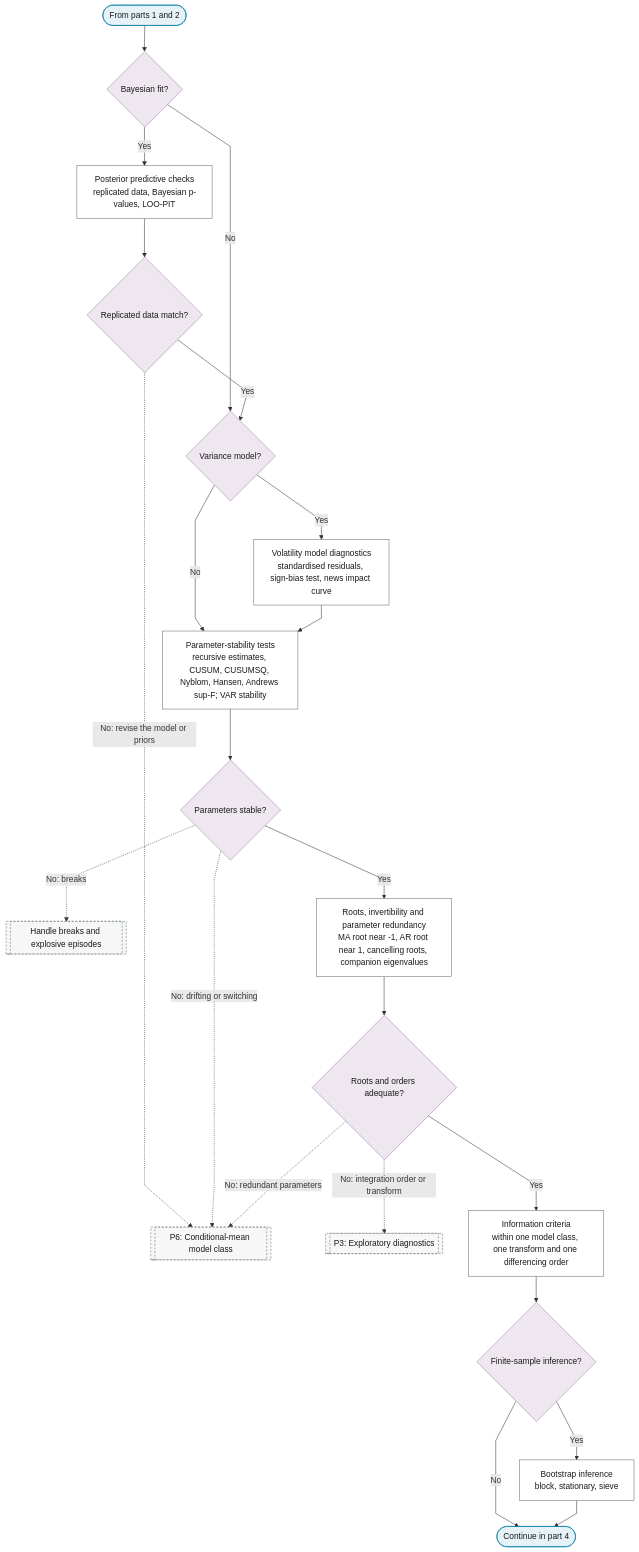
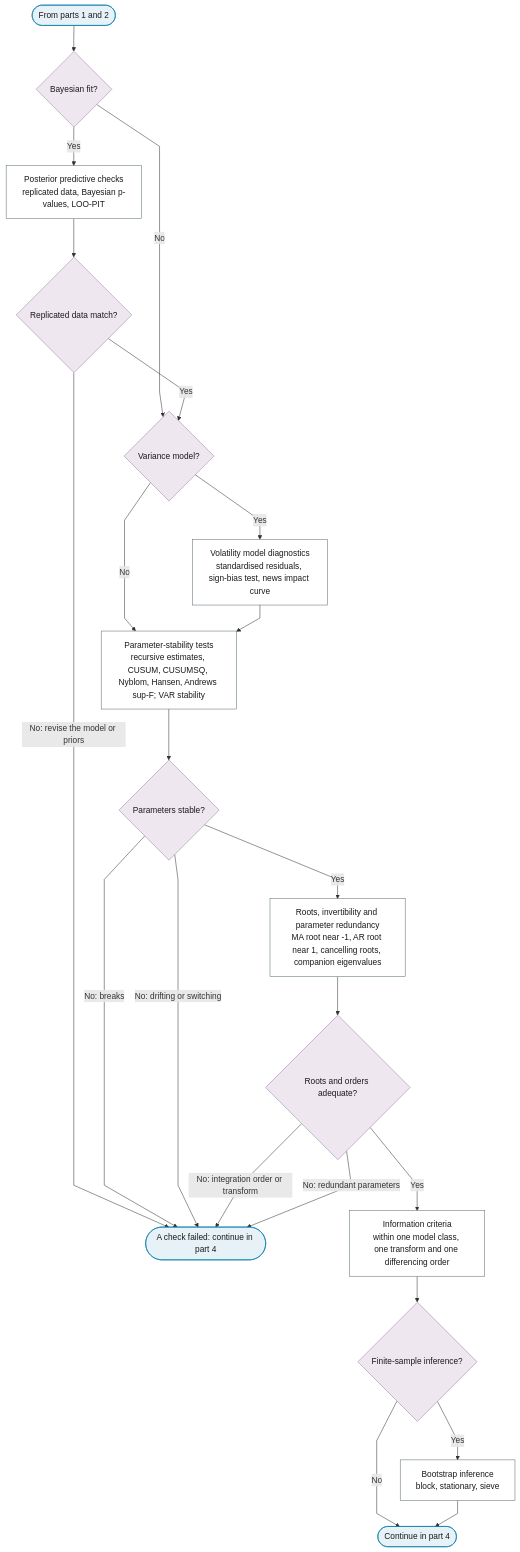
Before and after one commit to Shuxin-Y/time-series-analysis-manual: the third of 4 diagrams in docs/01-workflow/p09-in-sample-diagnostics.md, drawn with Mermaid. The commit also changed other lines of this file and 5 other files, not shown here.

````diff
--- a/docs/01-workflow/p09-in-sample-diagnostics.md
+++ b/docs/01-workflow/p09-in-sample-diagnostics.md
@@ -89,37 +89,36 @@
 ```mermaid
 %%{init: {"flowchart": {"curve": "linear"}}}%%
 graph TD
     P9_PART_3_IN(["From parts 1 and 2"]) --> P9_BAYESIAN_Q{"Bayesian fit?"}
     P9_BAYESIAN_Q -->|"Yes"| P9_POSTERIOR_PREDICTIVE["Posterior predictive checks<br/>replicated data, Bayesian p-values, LOO-PIT"]
     P9_BAYESIAN_Q -->|"No"| P9_VOLATILITY_Q
     P9_POSTERIOR_PREDICTIVE --> P9_PPC_VERDICT{"Replicated data match?"}
     P9_PPC_VERDICT -->|"Yes"| P9_VOLATILITY_Q{"Variance model?"}
-    P9_PPC_VERDICT -.->|"No: revise the model or priors"| P6[["P6: Conditional-mean model class"]]
+    P9_PPC_VERDICT -->|"No: revise the model or priors"| P9_PART_3_FAIL(["A check failed: continue in part 4"])
     P9_VOLATILITY_Q -->|"Yes"| P9_VOLATILITY_DIAGNOSTICS["Volatility model diagnostics<br/>standardised residuals, sign-bias test, news impact curve"]
     P9_VOLATILITY_Q -->|"No"| P9_STABILITY
     P9_VOLATILITY_DIAGNOSTICS --> P9_STABILITY["Parameter-stability tests<br/>recursive estimates, CUSUM, CUSUMSQ, Nyblom, Hansen, Andrews sup-F; VAR stability"]
     P9_STABILITY --> P9_STABLE{"Parameters stable?"}
-    P9_STABLE -.->|"No: breaks"| P4_BREAK_HANDLING[["Handle breaks and explosive episodes"]]
-    P9_STABLE -.->|"No: drifting or switching"| P6
+    P9_STABLE -->|"No: breaks"| P9_PART_3_FAIL
+    P9_STABLE -->|"No: drifting or switching"| P9_PART_3_FAIL
     P9_STABLE -->|"Yes"| P9_ROOTS["Roots, invertibility and parameter redundancy<br/>MA root near -1, AR root near 1, cancelling roots, companion eigenvalues"]
     P9_ROOTS --> P9_ROOTS_OK{"Roots and orders adequate?"}
-    P9_ROOTS_OK -.->|"No: integration order or transform"| P3[["P3: Exploratory diagnostics"]]
-    P9_ROOTS_OK -.->|"No: redundant parameters"| P6
+    P9_ROOTS_OK -->|"No: integration order or transform"| P9_PART_3_FAIL
+    P9_ROOTS_OK -->|"No: redundant parameters"| P9_PART_3_FAIL
     P9_ROOTS_OK -->|"Yes"| P9_INFORMATION_CRITERIA["Information criteria<br/>within one model class, one transform and one differencing order"]
     P9_INFORMATION_CRITERIA --> P9_INFERENCE_NEEDED{"Finite-sample inference?"}
     P9_INFERENCE_NEEDED -->|"Yes"| P9_BOOTSTRAP["Bootstrap inference<br/>block, stationary, sieve"]
     P9_INFERENCE_NEEDED -->|"No"| P9_TO_PART_4
     P9_BOOTSTRAP --> P9_TO_PART_4(["Continue in part 4"])
-    class P9_PART_3_IN,P9_TO_PART_4 terminator
+    class P9_PART_3_IN,P9_TO_PART_4,P9_PART_3_FAIL terminator
     class P9_BAYESIAN_Q,P9_PPC_VERDICT,P9_VOLATILITY_Q,P9_STABLE,P9_ROOTS_OK,P9_INFERENCE_NEEDED decision
     class P9_POSTERIOR_PREDICTIVE,P9_VOLATILITY_DIAGNOSTICS,P9_STABILITY,P9_ROOTS,P9_INFORMATION_CRITERIA,P9_BOOTSTRAP process
-    class P6,P4_BREAK_HANDLING,P3 ref
     classDef terminator fill:#E6F2F7,stroke:#007BA7,color:#1A1A1A;
     classDef process fill:#FFFFFF,stroke:#5A6B73,color:#1A1A1A;
     classDef decision fill:#EFE7F0,stroke:#9B7FA7,color:#1A1A1A;
     classDef data fill:#FFF4E0,stroke:#C9A55E,color:#1A1A1A;
     classDef good fill:#DCEFD8,stroke:#4A7A3F,color:#1A1A1A;
     classDef escalate fill:#FFE9C2,stroke:#C9A55E,color:#1A1A1A;
     classDef problem fill:#F2D9DE,stroke:#800020,color:#1A1A1A;
     classDef ref fill:#F7F7F7,stroke:#5A6B73,color:#1A1A1A,stroke-dasharray:4 3;
 ```
````
